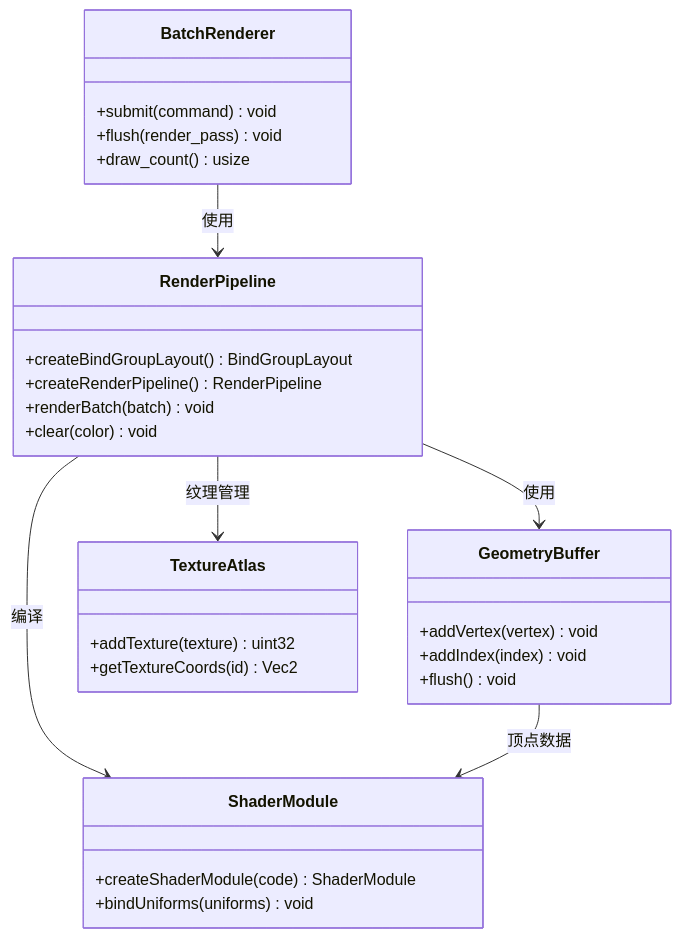
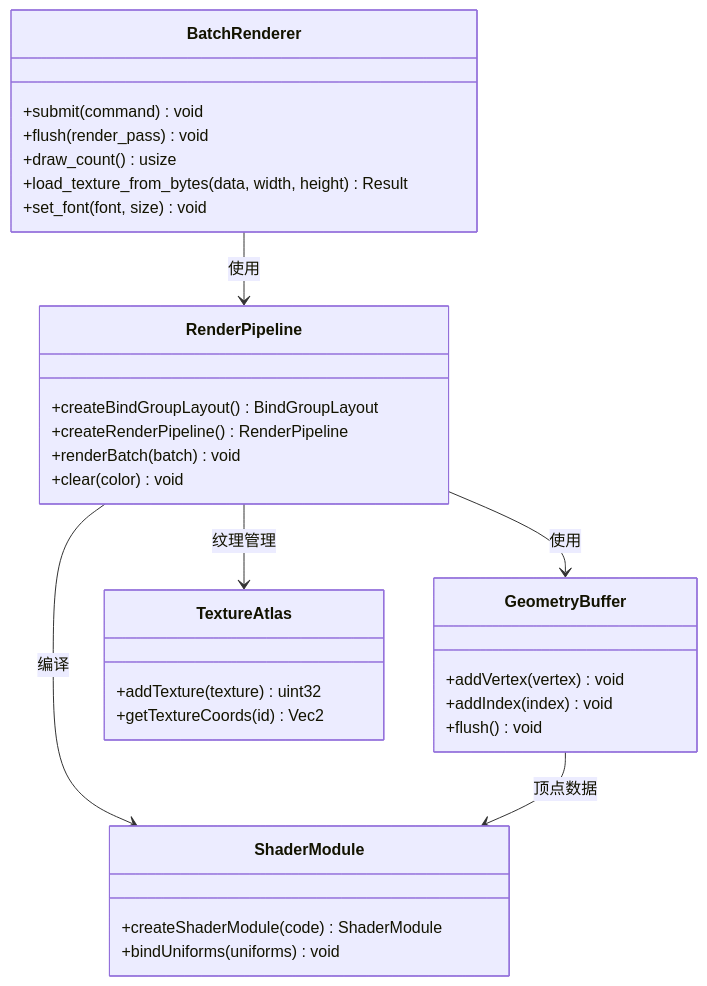
Before and after one commit to itszzl-sudo/iris: the third of 22 diagrams in .qoder/repowiki/zh/content/核心功能特性/自研浏览器级渲染能力.md, drawn with Mermaid. The commit also changed other lines of this file and 4 other files, not shown here.

````diff
--- a/.qoder/repowiki/zh/content/核心功能特性/自研浏览器级渲染能力.md
+++ b/.qoder/repowiki/zh/content/核心功能特性/自研浏览器级渲染能力.md
@@ -142,32 +139,34 @@
 ```mermaid
 classDiagram
 class RenderPipeline {
 +createBindGroupLayout() BindGroupLayout
 +createRenderPipeline() RenderPipeline
 +renderBatch(batch) void
 +clear(color) void
 }
 class GeometryBuffer {
 +addVertex(vertex) void
 +addIndex(index) void
 +flush() void
 }
 class ShaderModule {
 +createShaderModule(code) ShaderModule
 +bindUniforms(uniforms) void
 }
 class TextureAtlas {
 +addTexture(texture) uint32
 +getTextureCoords(id) Vec2
 }
 class BatchRenderer {
 +submit(command) void
 +flush(render_pass) void
 +draw_count() usize
++load_texture_from_bytes(data, width, height) Result
++set_font(font, size) void
 }
 RenderPipeline --> GeometryBuffer : 使用
 RenderPipeline --> ShaderModule : 编译
 RenderPipeline --> TextureAtlas : 纹理管理
 BatchRenderer --> RenderPipeline : 使用
 GeometryBuffer --> ShaderModule : 顶点数据
 ```
````
